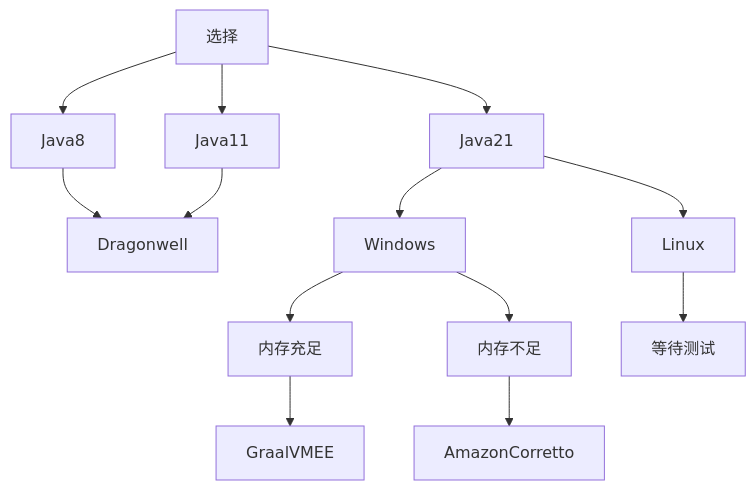
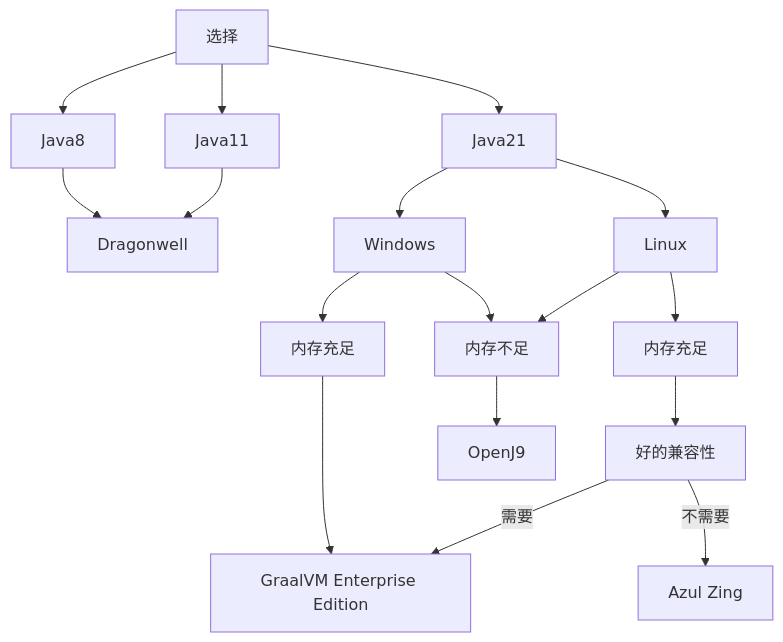
One commit to postyizhan/NitWikit changed the first of 2 diagrams in docs-java/process/maintenance/optimize/jvm/jvm.md. Above: the diagram before and after it, drawn with Mermaid. The commit also changed 2 other files, not shown here.

````diff
--- a/docs-java/process/maintenance/optimize/jvm/jvm.md
+++ b/docs-java/process/maintenance/optimize/jvm/jvm.md
@@ -15,16 +15,20 @@
 ```mermaid
 flowchart TD
     A[选择] 
     A --> Java8
     A --> Java11
     A --> Java21
     Java8 --> Dragonwell
     Java11 --> Dragonwell
     Java21 --> Windows
     Windows --> 内存充足
-    内存充足 --> GraalVMEE
+    内存充足 --> C[GraalVM Enterprise Edition]
     Windows --> 内存不足
-    内存不足 --> AmazonCorretto
+    内存不足 --> OpenJ9
     Java21 --> Linux
-    Linux --> 等待测试
+    Linux --> 内存不足
+    Linux --> D[内存充足]
+    D --> 好的兼容性
+    好的兼容性 -->|需要| C
+    好的兼容性 -->|不需要| E[Azul Zing]
 ```
````
